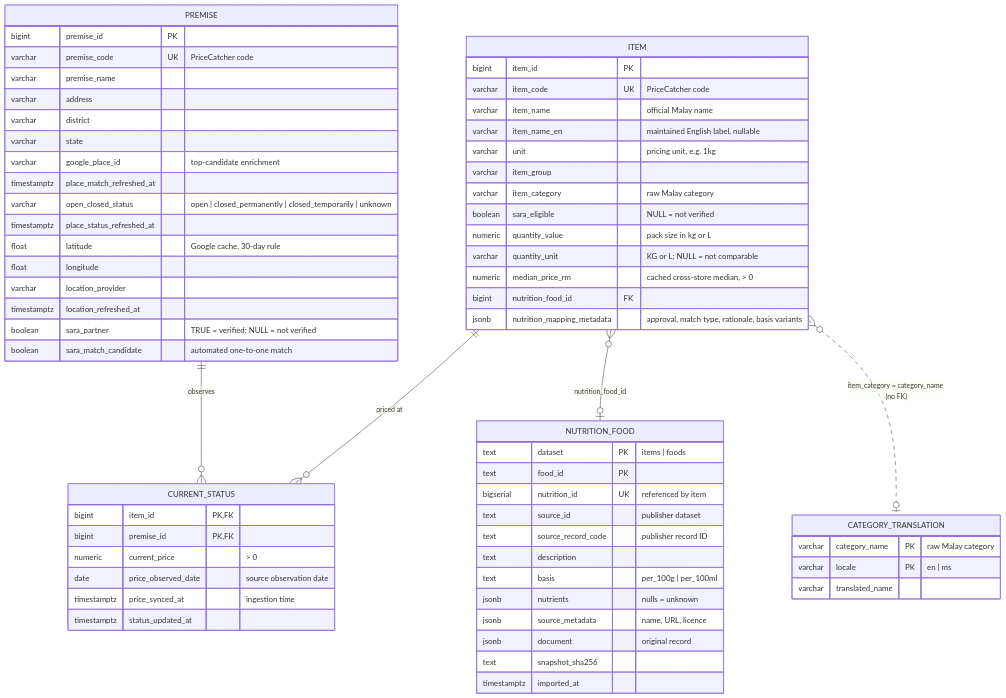
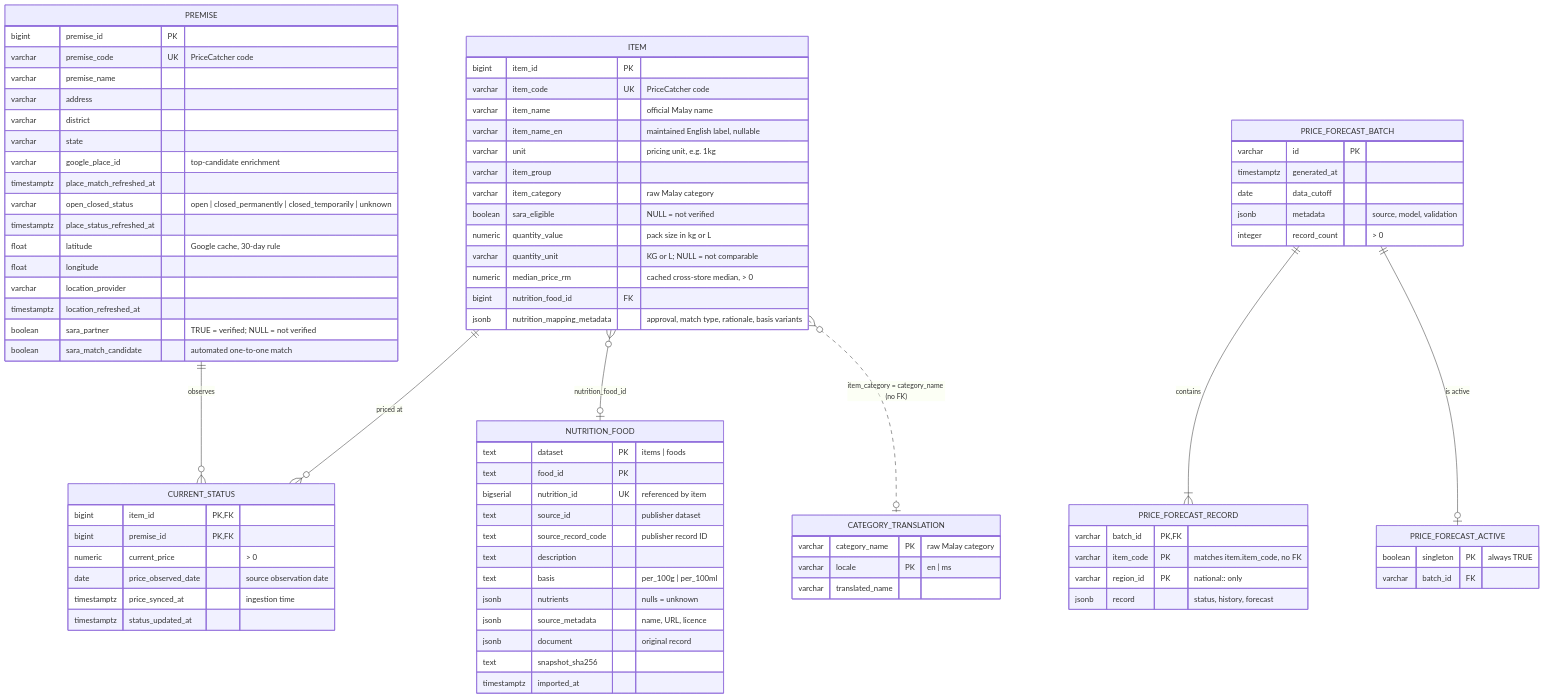
Before and after one commit to stak0015/SmartCart: the first of 3 diagrams in docs/05-data/data-model.md, drawn with Mermaid. The commit also changed other lines of this file and 14 other files, not shown here.

````diff
--- a/docs/05-data/data-model.md
+++ b/docs/05-data/data-model.md
@@ -76,4 +76,23 @@
         text snapshot_sha256
         timestamptz imported_at
     }
+    PRICE_FORECAST_BATCH ||--|{ PRICE_FORECAST_RECORD : contains
+    PRICE_FORECAST_BATCH ||--o| PRICE_FORECAST_ACTIVE : "is active"
+    PRICE_FORECAST_BATCH {
+        varchar id PK
+        timestamptz generated_at
+        date data_cutoff
+        jsonb metadata "source, model, validation"
+        integer record_count "> 0"
+    }
+    PRICE_FORECAST_RECORD {
+        varchar batch_id PK, FK
+        varchar item_code PK "matches item.item_code, no FK"
+        varchar region_id PK "national:: only"
+        jsonb record "status, history, forecast"
+    }
+    PRICE_FORECAST_ACTIVE {
+        boolean singleton PK "always TRUE"
+        varchar batch_id FK
+    }
 ```
````
